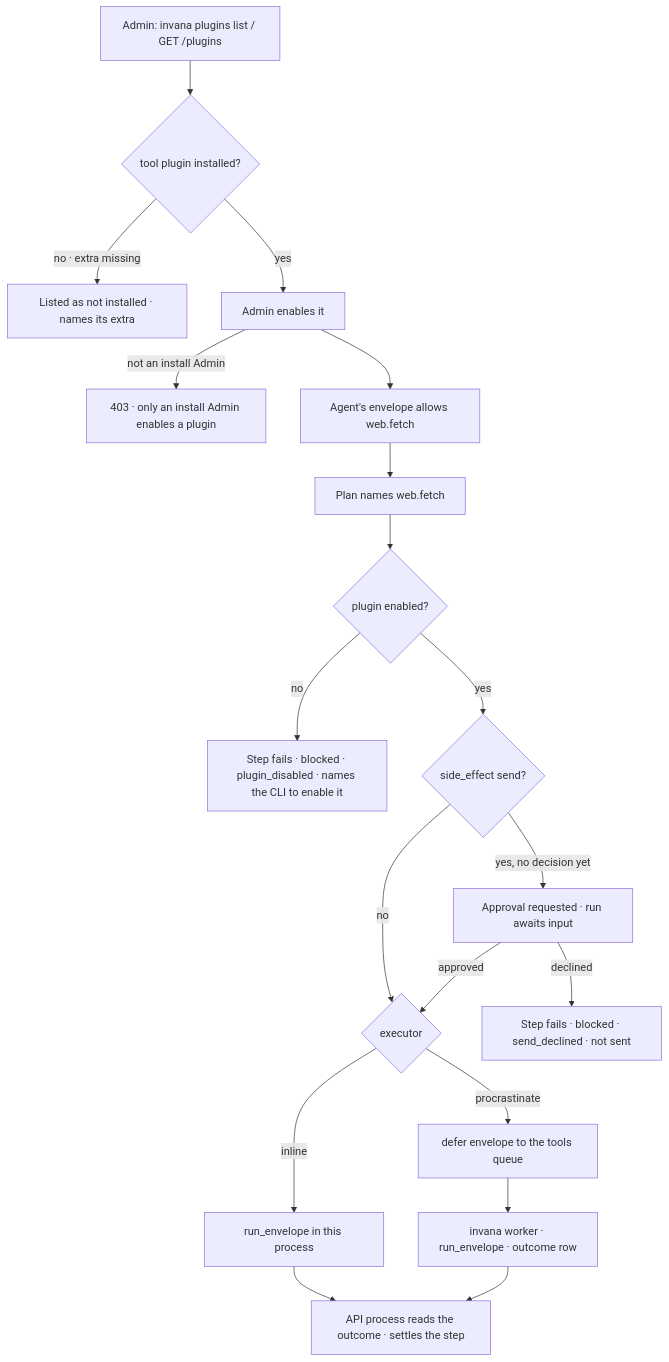
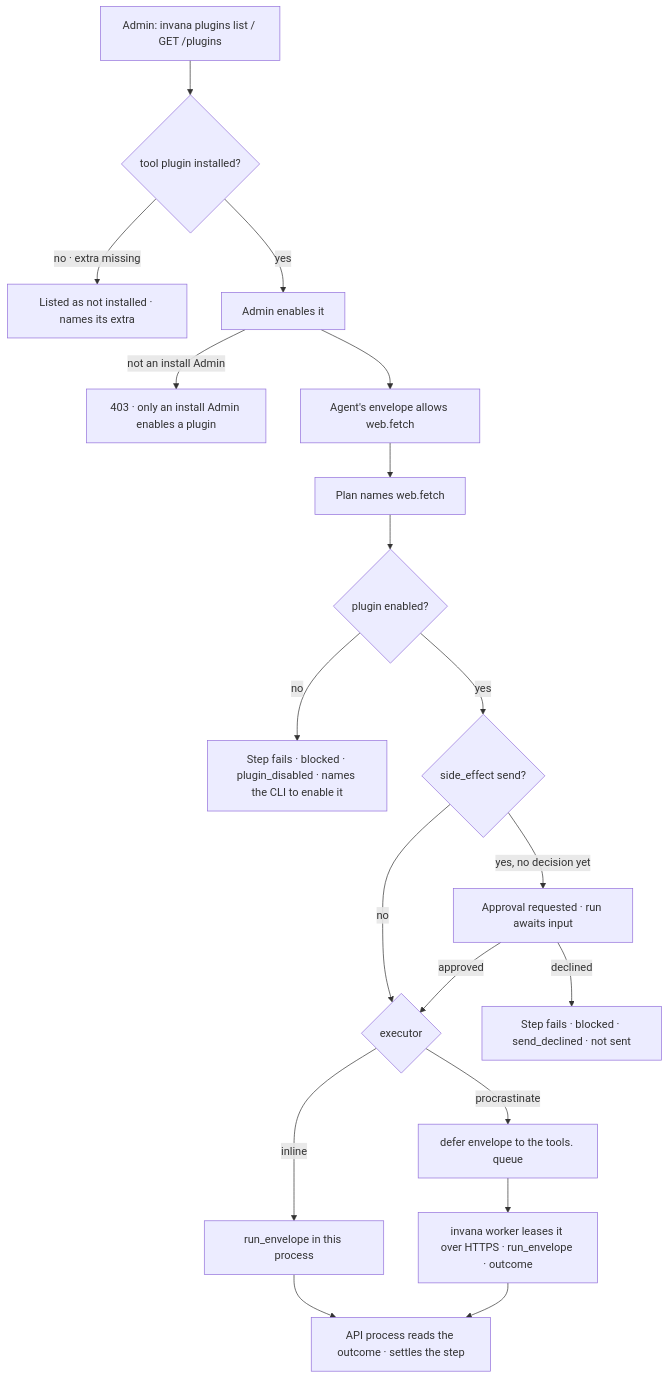
The first of 2 diagrams in docs/for-developers/modules/platform/features/tool-plugins.md (invana/invana), drawn with Mermaid before and after one commit. The commit also changed other lines of this file and 73 other files, not shown here.

Commit message:
wip(agents): F06 · step 3 — worker gateway, dial-out invana worker, Studio Workers page, seed and board routes

````diff
--- a/docs/for-developers/modules/platform/features/tool-plugins.md
+++ b/docs/for-developers/modules/platform/features/tool-plugins.md
@@ -39,21 +39,21 @@
 ```mermaid
 flowchart TD
     A[Admin: invana plugins list / GET /plugins] --> B{tool plugin installed?}
     B -->|no · extra missing| B1[Listed as not installed · names its extra]
     B -->|yes| C[Admin enables it]
     C -->|not an install Admin| C1[403 · only an install Admin enables a plugin]
     C --> D[Agent's envelope allows web.fetch]
     D --> E[Plan names web.fetch]
     E --> F{plugin enabled?}
     F -->|no| F1[Step fails · blocked · plugin_disabled · names the CLI to enable it]
     F -->|yes| G{side_effect send?}
     G -->|yes, no decision yet| G1[Approval requested · run awaits input]
     G1 -->|approved| H
     G1 -->|declined| G2[Step fails · blocked · send_declined · not sent]
     G -->|no| H{executor}
     H -->|inline| I[run_envelope in this process]
-    H -->|procrastinate| J[defer envelope to the tools queue]
-    J --> K[invana worker · run_envelope · outcome row]
+    H -->|procrastinate| J[defer envelope to the tools.<labels> queue]
+    J --> K[invana worker leases it over HTTPS · run_envelope · outcome]
     K --> L[API process reads the outcome · settles the step]
     I --> L
 ```
````
